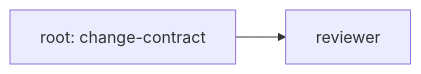
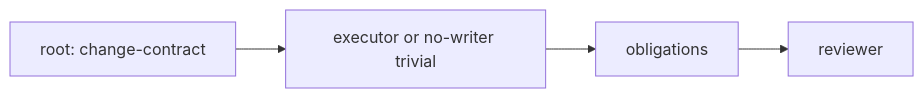
One commit to xtrm-dev/specialists changed the second of 14 diagrams in docs/design/chain-templates.md. Above: the diagram before and after it, drawn with Mermaid. The commit also changed other lines of this file and 5 other files, not shown here.

````diff
--- a/docs/design/chain-templates.md
+++ b/docs/design/chain-templates.md
@@ -63,4 +210,6 @@
 ```mermaid
 flowchart LR
-  root[root: change-contract] --> reviewer
+  root[root: change-contract] --> writer[executor or no-writer trivial]
+  writer --> obligations
+  obligations --> reviewer
 ```
````
